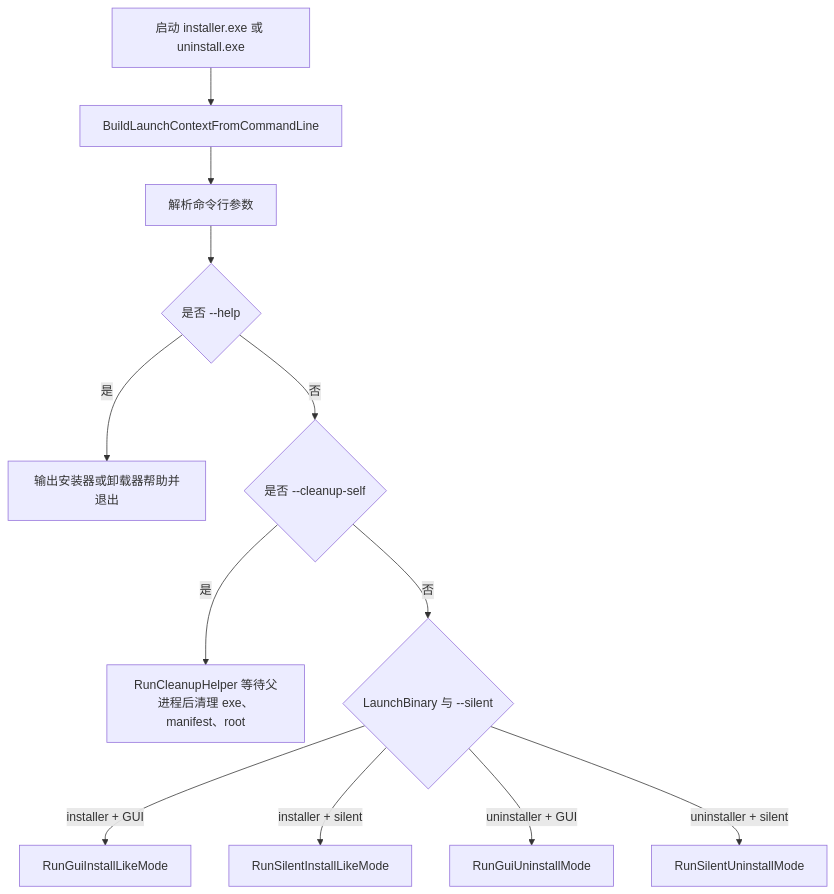
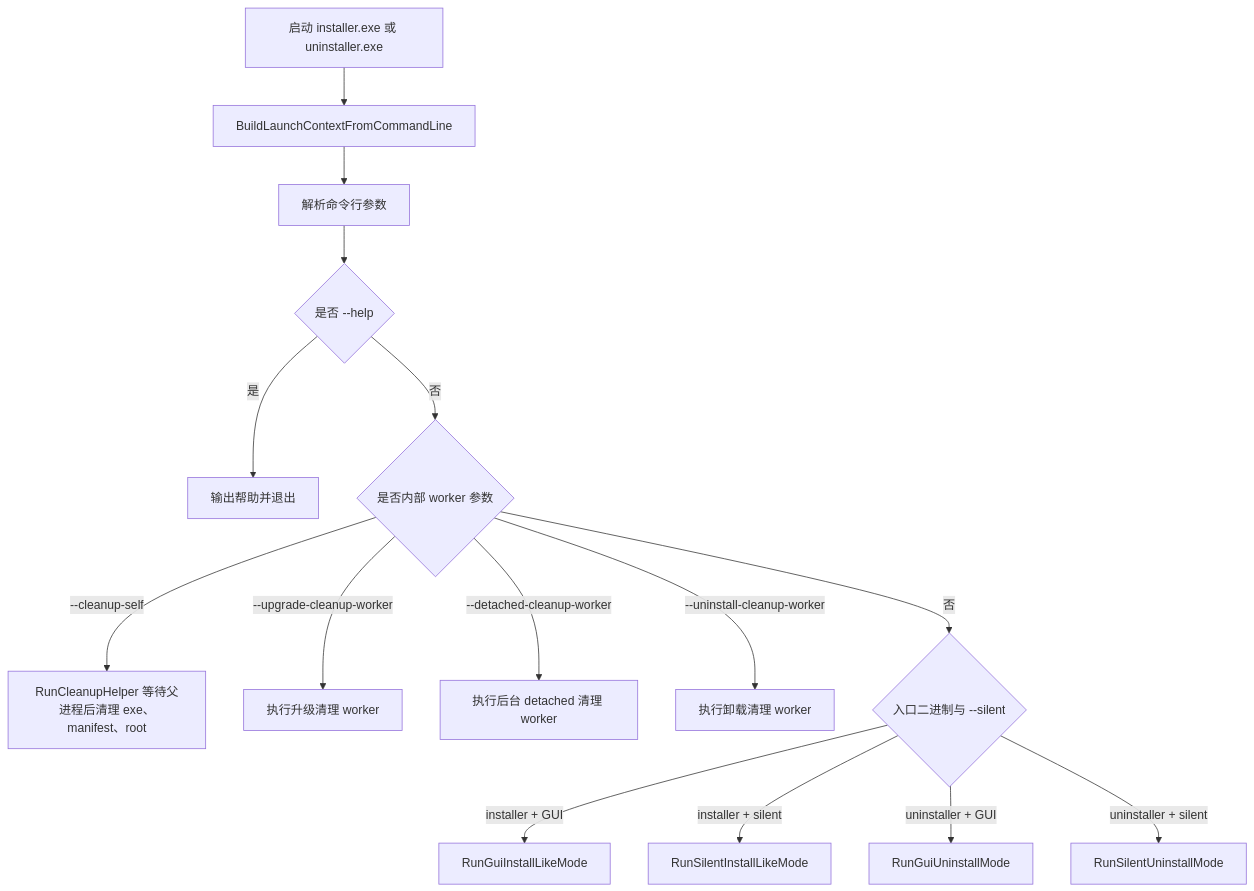
Before and after one commit to lu020218/Multi-Threaded_Installer: the first of 11 diagrams in docs/安装器流程图.md, drawn with Mermaid. The commit also changed other lines of this file and 1 other file, not shown here.

Commit message:
更新流程图文档

````diff
--- a/docs/安装器流程图.md
+++ b/docs/安装器流程图.md
@@ -14,14 +14,17 @@
 ```mermaid
 flowchart TD
-    A[启动 installer.exe 或 uninstall.exe] --> B[BuildLaunchContextFromCommandLine]
-    B --> C[解析命令行参数]
-    C --> D{是否 --help}
-    D -->|是| D1[输出安装器或卸载器帮助并退出]
-    D -->|否| E{是否 --cleanup-self}
-    E -->|是| E1[RunCleanupHelper 等待父进程后清理 exe、manifest、root]
-    E -->|否| F{LaunchBinary 与 --silent}
-    F -->|installer + GUI| G[RunGuiInstallLikeMode]
-    F -->|installer + silent| H[RunSilentInstallLikeMode]
-    F -->|uninstaller + GUI| I[RunGuiUninstallMode]
-    F -->|uninstaller + silent| J[RunSilentUninstallMode]
+    A["启动 installer.exe 或 uninstaller.exe"] --> B["BuildLaunchContextFromCommandLine"]
+    B --> C["解析命令行参数"]
+    C --> D{"是否 --help"}
+    D -->|是| D1["输出帮助并退出"]
+    D -->|否| E{"是否内部 worker 参数"}
+    E -->|--cleanup-self| E1["RunCleanupHelper 等待父进程后清理 exe、manifest、root"]
+    E -->|--upgrade-cleanup-worker| E2["执行升级清理 worker"]
+    E -->|--detached-cleanup-worker| E3["执行后台 detached 清理 worker"]
+    E -->|--uninstall-cleanup-worker| E4["执行卸载清理 worker"]
+    E -->|否| F{"入口二进制与 --silent"}
+    F -->|installer + GUI| G["RunGuiInstallLikeMode"]
+    F -->|installer + silent| H["RunSilentInstallLikeMode"]
+    F -->|uninstaller + GUI| I["RunGuiUninstallMode"]
+    F -->|uninstaller + silent| J["RunSilentUninstallMode"]
 ```
````
